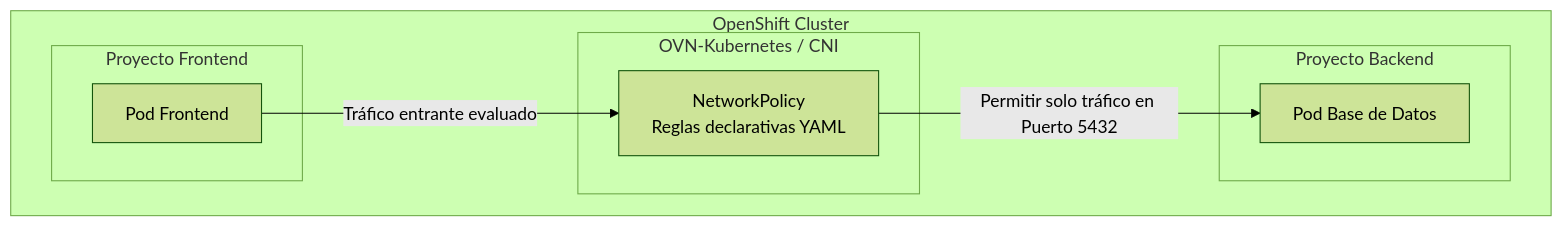
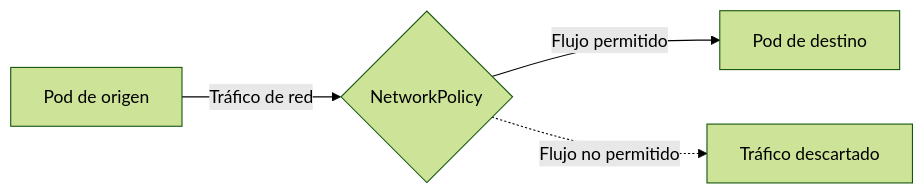
One commit to ieftraining/curso-openshift changed the second of 4 diagrams in docs/sesion4/4.3 Aislamiento de Red.md. Above: the diagram before and after it, drawn with Mermaid (forest theme). The commit also changed other lines of this file, not shown here.

````diff
--- a/docs/sesion4/4.3 Aislamiento de Red.md
+++ b/docs/sesion4/4.3 Aislamiento de Red.md
@@ -51,19 +66,6 @@
 ```mermaid
-flowchart TD
-    subgraph OpenShift Cluster
-        subgraph CNI Plugin [OVN-Kubernetes / CNI]
-            NP[NetworkPolicy<br>Reglas declarativas YAML]
-        end
-
-        subgraph Proyecto Frontend
-            Pod1[Pod Frontend]
-        end
-
-        subgraph Proyecto Backend
-            Pod2[Pod Base de Datos]
-        end
-    end
-
-    Pod1 -->|Tráfico entrante evaluado| NP
-    NP -->|Permitir solo tráfico en Puerto 5432| Pod2
+flowchart LR
+    O[Pod de origen] -->|Tráfico de red| P{NetworkPolicy}
+    P -->|Flujo permitido| D[Pod de destino]
+    P -.->|Flujo no permitido| X[Tráfico descartado]
 ```
````
